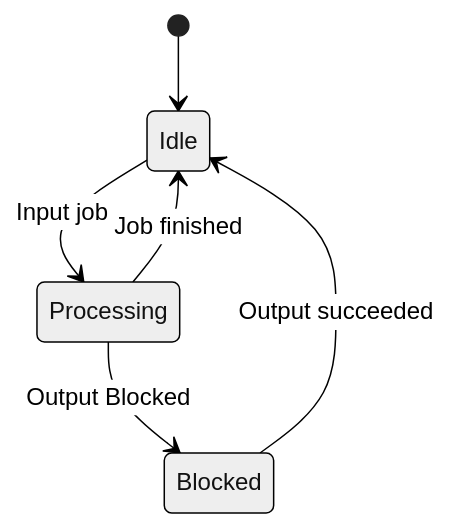
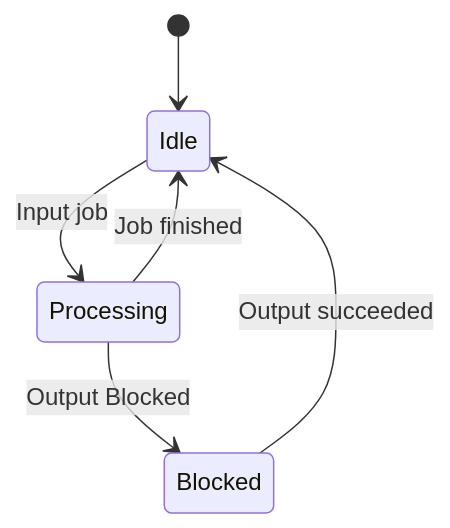
The first of 2 diagrams in docs/basic_components.md (FactorySimPy/FactorySimPy), drawn with Mermaid before and after one commit. The commit also changed other lines of this file, not shown here.

````diff
--- a/docs/basic_components.md
+++ b/docs/basic_components.md
@@ -226,14 +226,9 @@
 ```mermaid
----
-config:
-  layout: dagre
-  theme: neutral
----
 stateDiagram
   direction TB
   [*] --> Idle
   Idle --> Processing:Input job
   Processing --> Blocked:Output Blocked
   Processing --> Idle:Job finished
   Blocked --> Idle:Output succeeded
 ```
````
